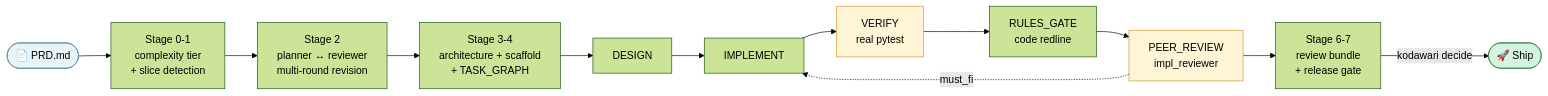
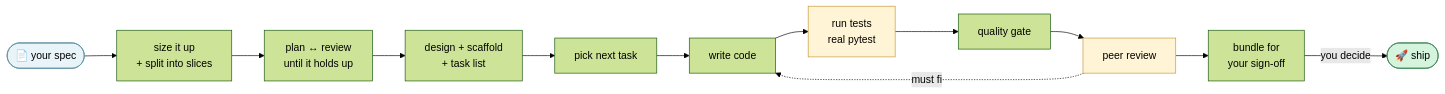
The diagram in README.md (liafei/kodawari), drawn with Mermaid (forest theme) before and after one commit. The commit also changed other lines of this file and 1 other file, not shown here.

Commit message:
docs: plain-language pass on "How it works" — diagram labels, fix-loop note, roles table
The one block left close to the original now matches the rest:
- Mermaid: plain node labels (your spec / size it up / plan ↔ review / write
  code / run tests / quality gate / peer review / ship) instead of internal
  stage names (Stage 0-1, RULES_GATE, impl_reviewer, TASK_GRAPH).
- Fix-loop note reworded to match the new labels.
- Roles table in plain language (drop "strict tool-use protocol" jargon).
- EN + zh-CN kept consistent.

````diff
--- a/README.md
+++ b/README.md
@@ -70,19 +70,19 @@
 ```mermaid
 flowchart LR
-    PRD([📄 PRD.md]) --> TIER[Stage 0-1<br/>complexity tier<br/>+ slice detection]
-    TIER --> PLAN[Stage 2<br/>planner ↔ reviewer<br/>multi-round revision]
-    PLAN --> GRAPH[Stage 3-4<br/>architecture + scaffold<br/>+ TASK_GRAPH]
-    GRAPH --> D[DESIGN]
-    D --> I[IMPLEMENT]
-    I --> V[VERIFY<br/>real pytest]
-    V --> R[RULES_GATE<br/>code redline]
-    R --> RV[PEER_REVIEW<br/>impl_reviewer]
-    RV -.must_fix.-> I
-    RV --> BUNDLE[Stage 6-7<br/>review bundle<br/>+ release gate]
-    BUNDLE -->|kodawari decide| SHIP([🚀 Ship])
+    PRD([📄 your spec]) --> TIER[size it up<br/>+ split into slices]
+    TIER --> PLAN[plan ↔ review<br/>until it holds up]
+    PLAN --> GRAPH[design + scaffold<br/>+ task list]
+    GRAPH --> D[pick next task]
+    D --> I[write code]
+    I --> V[run tests<br/>real pytest]
+    V --> R[quality gate]
+    R --> RV[peer review]
+    RV -.must fix.-> I
+    RV --> BUNDLE[bundle for<br/>your sign-off]
+    BUNDLE -->|you decide| SHIP([🚀 ship])
 
     style PRD fill:#e8f4f8,stroke:#5c8aa0
     style SHIP fill:#d4f4dd,stroke:#3a8050
     style V fill:#fff4d6,stroke:#c89432
     style RV fill:#fff4d6,stroke:#c89432
 ```
````
